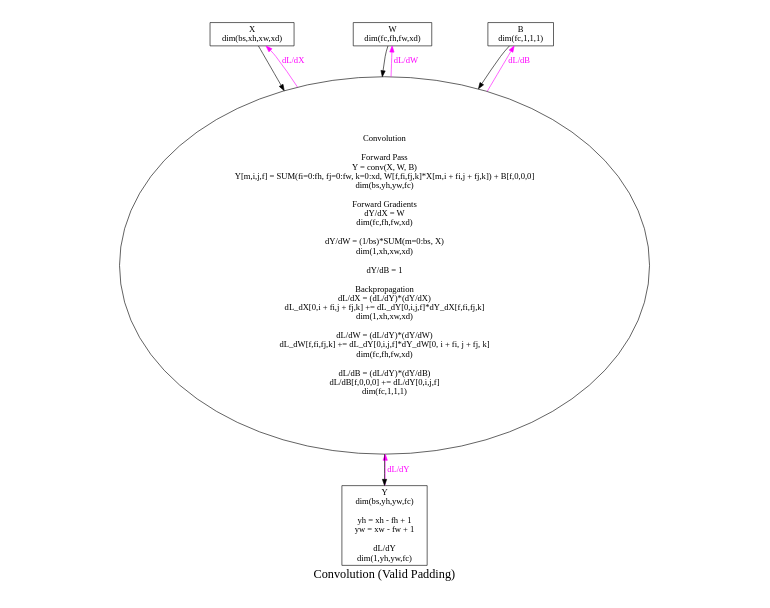
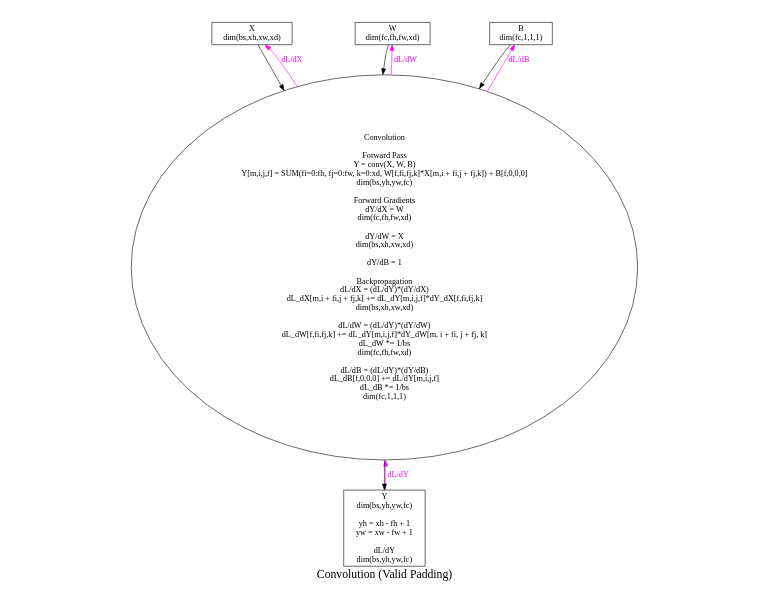
One commit to jeffboody/libnn changed the diagram in docs/nn-conv-valid.dot. Above: the diagram before and after it, drawn with Graphviz. The commit also changed 12 other files, not shown here.

```diff
--- a/docs/nn-conv-valid.dot
+++ b/docs/nn-conv-valid.dot
@@ -1,31 +1,31 @@
 // sudo apt-get install graphviz
 // dot -Tpng nn-conv.dot -o nn-conv.png
 // xdot nn-conv.dot
 digraph NN
 {
 	label="Convolution (Valid Padding)";
 	fontsize=20;
 	size="4,3";
 	ratio=fill;
 
 	X    [shape=box, label="X\ndim(bs,xh,xw,xd)"];
 	W    [shape=box, label="W\ndim(fc,fh,fw,xd)"];
 	B    [shape=box, label="B\ndim(fc,1,1,1)"];
-	Y    [shape=box, label="Y\ndim(bs,yh,yw,fc)\n\nyh = xh - fh + 1\nyw = xw - fw + 1\n\ndL/dY\ndim(1,yh,yw,fc)"];
-	conv [label="Convolution\n\nForward Pass\nY = conv(X, W, B)\nY[m,i,j,f] = SUM(fi=0:fh, fj=0:fw, k=0:xd, W[f,fi,fj,k]*X[m,i + fi,j + fj,k]) + B[f,0,0,0]\ndim(bs,yh,yw,fc)\n\nForward Gradients\ndY/dX = W\ndim(fc,fh,fw,xd)\n\ndY/dW = (1/bs)*SUM(m=0:bs, X)\ndim(1,xh,xw,xd)\n\ndY/dB = 1\n\nBackpropagation\ndL/dX = (dL/dY)*(dY/dX)\ndL_dX[0,i + fi,j + fj,k] += dL_dY[0,i,j,f]*dY_dX[f,fi,fj,k]\ndim(1,xh,xw,xd)\n\ndL/dW = (dL/dY)*(dY/dW)\ndL_dW[f,fi,fj,k] += dL_dY[0,i,j,f]*dY_dW[0, i + fi, j + fj, k]\ndim(fc,fh,fw,xd)\n\ndL/dB = (dL/dY)*(dY/dB)\ndL/dB[f,0,0,0] += dL/dY[0,i,j,f]\ndim(fc,1,1,1)"];
+	Y    [shape=box, label="Y\ndim(bs,yh,yw,fc)\n\nyh = xh - fh + 1\nyw = xw - fw + 1\n\ndL/dY\ndim(bs,yh,yw,fc)"];
+	conv [label="Convolution\n\nForward Pass\nY = conv(X, W, B)\nY[m,i,j,f] = SUM(fi=0:fh, fj=0:fw, k=0:xd, W[f,fi,fj,k]*X[m,i + fi,j + fj,k]) + B[f,0,0,0]\ndim(bs,yh,yw,fc)\n\nForward Gradients\ndY/dX = W\ndim(fc,fh,fw,xd)\n\ndY/dW = X\ndim(bs,xh,xw,xd)\n\ndY/dB = 1\n\nBackpropagation\ndL/dX = (dL/dY)*(dY/dX)\ndL_dX[m,i + fi,j + fj,k] += dL_dY[m,i,j,f]*dY_dX[f,fi,fj,k]\ndim(bs,xh,xw,xd)\n\ndL/dW = (dL/dY)*(dY/dW)\ndL_dW[f,fi,fj,k] += dL_dY[m,i,j,f]*dY_dW[m, i + fi, j + fj, k]\ndL_dW *= 1/bs\ndim(fc,fh,fw,xd)\n\ndL/dB = (dL/dY)*(dY/dB)\ndL_dB[f,0,0,0] += dL/dY[m,i,j,f]\ndL_dB *= 1/bs\ndim(fc,1,1,1)"];
 
 	{ rank=same X -> W [style=invis] };
 	{ rank=same W -> B [style=invis] };
 
 	// forward pass
 	X    -> conv;
 	W    -> conv;
 	B    -> conv;
 	conv -> Y;
 
 	// backpropagation
 	Y    -> conv [fontcolor=magenta, color=magenta, label="dL/dY"];
 	conv -> X    [fontcolor=magenta, color=magenta, label="dL/dX"];
 	conv -> W    [fontcolor=magenta, color=magenta, label="dL/dW"];
 	conv -> B    [fontcolor=magenta, color=magenta, label="dL/dB"];
 }
```
